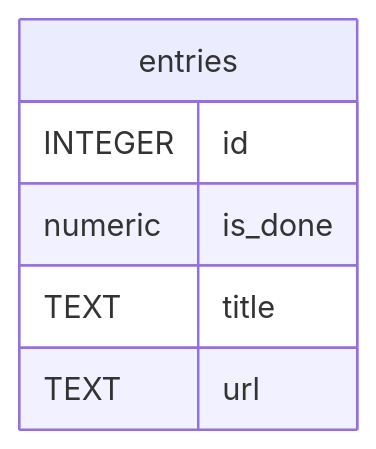
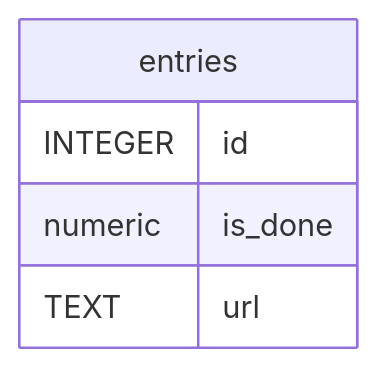
One commit to kijimaD/squall changed the diagram in docs/dbschema/README.md. Above: the diagram before and after it, drawn with Mermaid. The commit also changed other lines of this file and 2 other files, not shown here.

````diff
--- a/docs/dbschema/README.md
+++ b/docs/dbschema/README.md
@@ -11,11 +11,10 @@
 ```mermaid
 erDiagram
 
 
 "entries" {
   INTEGER id
   numeric is_done
-  TEXT title
   TEXT url
 }
 ```
````
